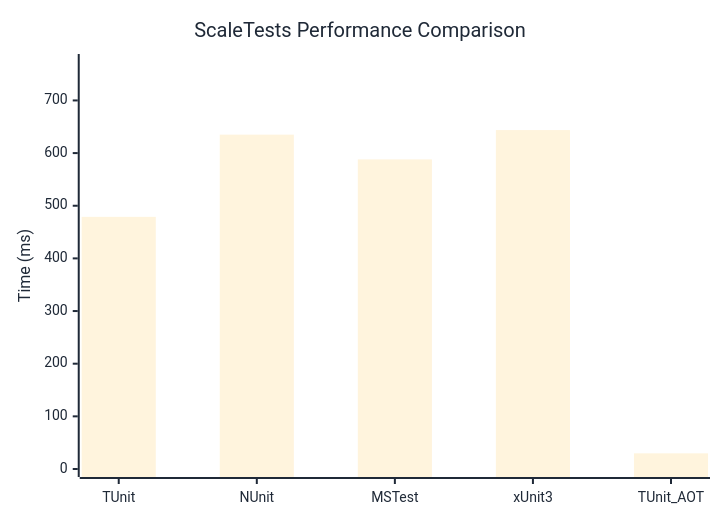
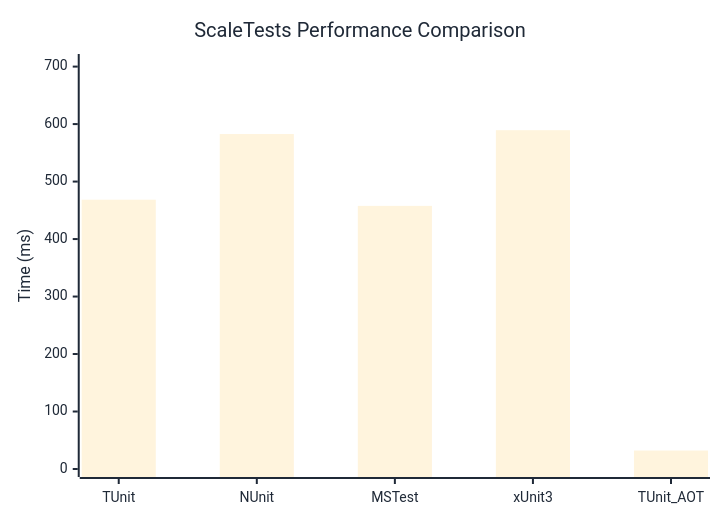
Before and after one commit to thomhurst/TUnit: the diagram in docs/docs/benchmarks/ScaleTests.md, drawn with Mermaid. The commit also changed other lines of this file and 17 other files, not shown here.

````diff
--- a/docs/docs/benchmarks/ScaleTests.md
+++ b/docs/docs/benchmarks/ScaleTests.md
@@ -27,37 +27,37 @@
 ```mermaid
 %%{init: {
   'theme':'base',
   'themeVariables': {
     'primaryColor': '#2563eb',
     'primaryTextColor': '#1f2937',
     'primaryBorderColor': '#1e40af',
     'lineColor': '#6b7280',
     'secondaryColor': '#7c3aed',
     'tertiaryColor': '#dc2626',
     'background': '#ffffff',
     'mainBkg': '#2563eb',
     'secondBkg': '#7c3aed',
     'tertiaryBkg': '#dc2626',
     'clusterBkg': '#f3f4f6',
     'edgeLabelBackground': '#ffffff',
     'tertiaryTextColor': '#1f2937',
     'pie1': '#2563eb',
     'pie2': '#7c3aed',
     'pie3': '#dc2626',
     'pie4': '#f59e0b',
     'pie5': '#10b981',
     'pie6': '#06b6d4',
     'pie7': '#ec4899',
     'pie8': '#6366f1',
     'pie9': '#84cc16',
     'pie10': '#f97316',
     'pie11': '#14b8a6',
     'pie12': '#a855f7'
   }
 }}%%
 xychart-beta
   title "ScaleTests Performance Comparison"
   x-axis ["TUnit", "NUnit", "MSTest", "xUnit3", "TUnit_AOT"]
-  y-axis "Time (ms)" 0 --> 773
-  bar [478.89, 635.05, 588.02, 643.7, 29.74]
+  y-axis "Time (ms)" 0 --> 708
+  bar [468.47, 582.69, 457.72, 589.37, 32.15]
 ```
````
